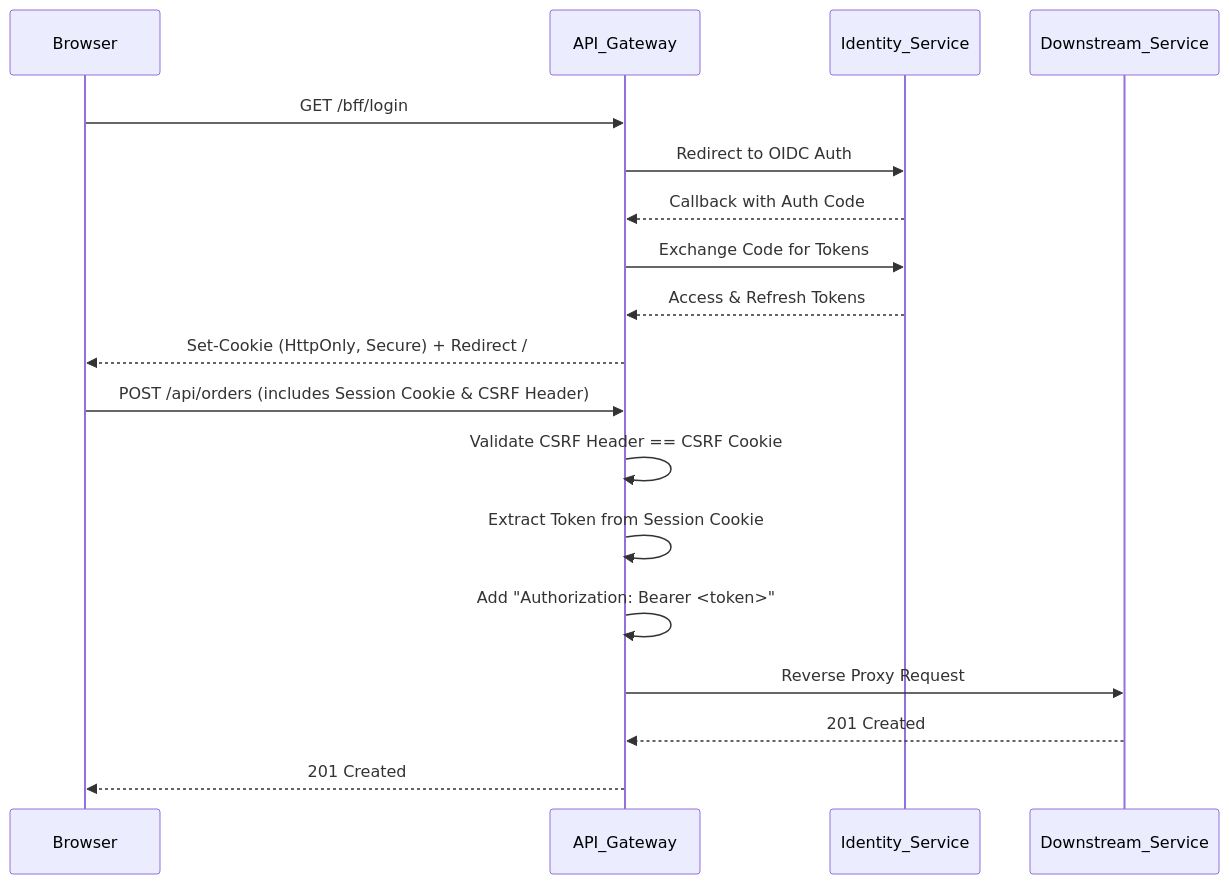
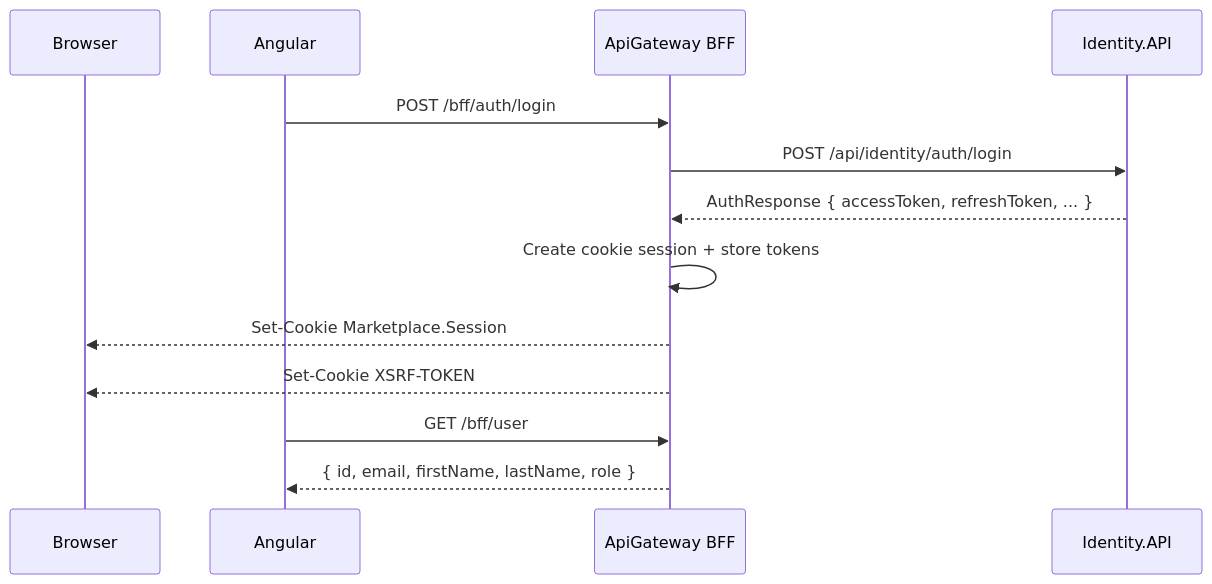
The first of 2 diagrams in src/Gateways/ApiGateway/README.md (Movchanets/Microservices_Learning), drawn with Mermaid before and after one commit. The commit also changed other lines of this file and 46 other files, not shown here.

````diff
--- a/src/Gateways/ApiGateway/README.md
+++ b/src/Gateways/ApiGateway/README.md
@@ -13,24 +22,17 @@
 ```mermaid
 sequenceDiagram
     participant Browser
-    participant API_Gateway
-    participant Identity_Service
-    participant Downstream_Service
+    participant Angular
+    participant Gateway as ApiGateway BFF
+    participant Identity as Identity.API
 
-    %% Login Flow
-    Browser->>API_Gateway: GET /bff/login
-    API_Gateway->>Identity_Service: Redirect to OIDC Auth
-    Identity_Service-->>API_Gateway: Callback with Auth Code
-    API_Gateway->>Identity_Service: Exchange Code for Tokens
-    Identity_Service-->>API_Gateway: Access & Refresh Tokens
-    API_Gateway-->>Browser: Set-Cookie (HttpOnly, Secure) + Redirect /
+    Angular->>Gateway: POST /bff/auth/login
+    Gateway->>Identity: POST /api/identity/auth/login
+    Identity-->>Gateway: AuthResponse { accessToken, refreshToken, ... }
+    Gateway->>Gateway: Create cookie session + store tokens
+    Gateway-->>Browser: Set-Cookie Marketplace.Session
+    Gateway-->>Browser: Set-Cookie XSRF-TOKEN
 
-    %% API Request Flow
-    Browser->>API_Gateway: POST /api/orders (includes Session Cookie & CSRF Header)
-    API_Gateway->>API_Gateway: Validate CSRF Header == CSRF Cookie
-    API_Gateway->>API_Gateway: Extract Token from Session Cookie
-    API_Gateway->>API_Gateway: Add "Authorization: Bearer <token>"
-    API_Gateway->>Downstream_Service: Reverse Proxy Request
-    Downstream_Service-->>API_Gateway: 201 Created
-    API_Gateway-->>Browser: 201 Created
+    Angular->>Gateway: GET /bff/user
+    Gateway-->>Angular: { id, email, firstName, lastName, role }
 ```
````
